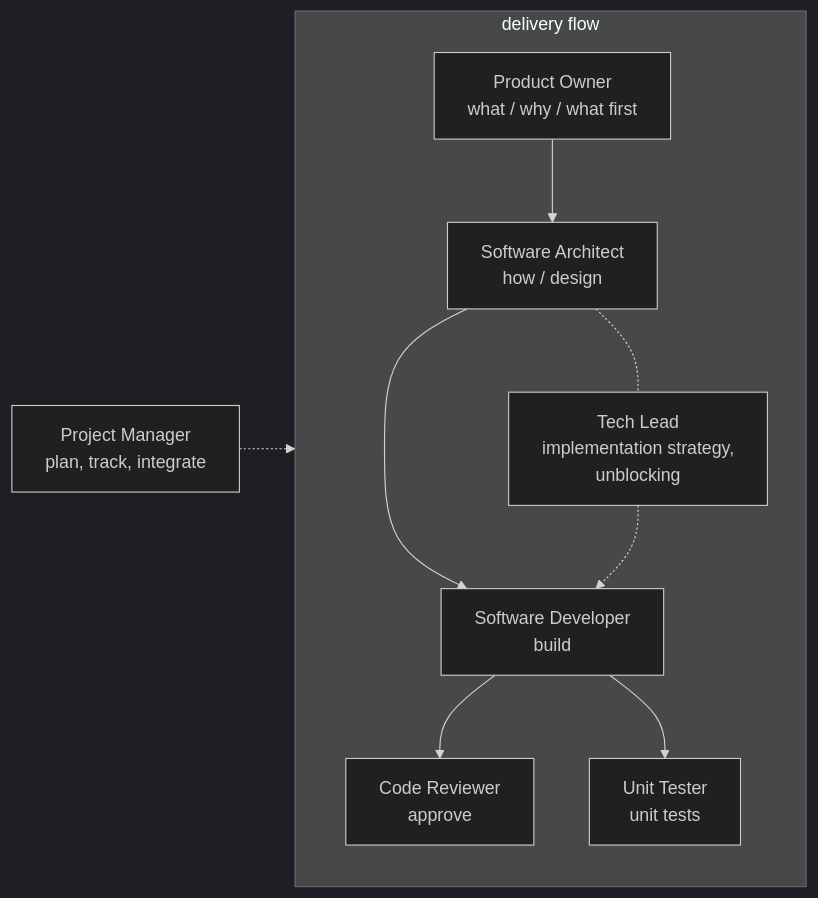
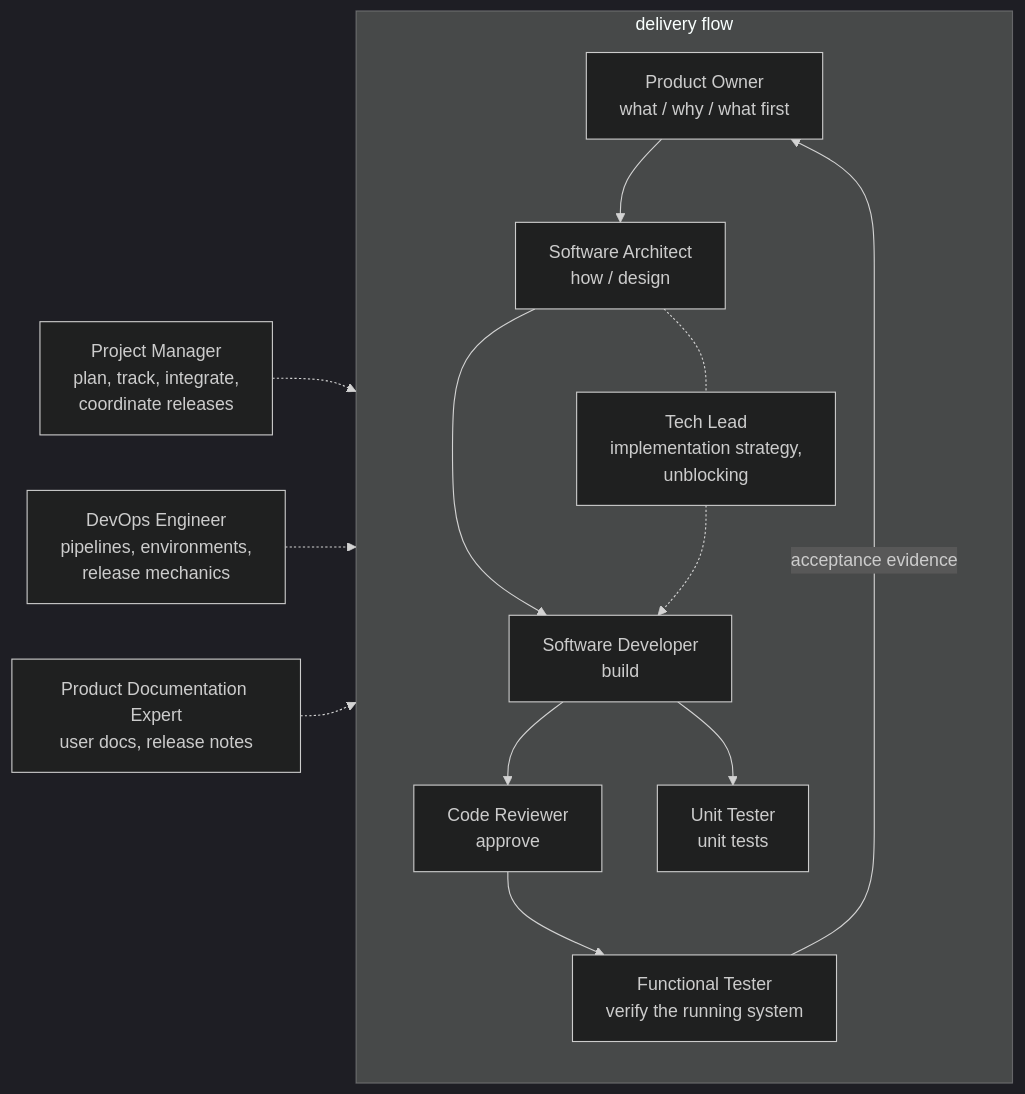
One commit to salveron/agents changed the first of 2 diagrams in AGENTS.md. Above: the diagram before and after it, drawn with Mermaid (dark theme). The commit also changed other lines of this file and 13 other files, not shown here.

Commit message:
Add DevOps, FT and Product Documentation Expert to cover the roster gaps

````diff
--- a/AGENTS.md
+++ b/AGENTS.md
@@ -31,12 +41,16 @@
 ```mermaid
 flowchart LR
     subgraph flow [delivery flow]
         PO["Product Owner<br>what / why / what first"] --> SA["Software Architect<br>how / design"]
         SA --> DEV["Software Developer<br>build"]
         DEV --> CR["Code Reviewer<br>approve"]
         DEV --> UT["Unit Tester<br>unit tests"]
+        CR --> FT["Functional Tester<br>verify the running system"]
+        FT -->|acceptance evidence| PO
         SA -.- TL["Tech Lead<br>implementation strategy,<br>unblocking"]
         TL -.-> DEV
     end
-    PM["Project Manager<br>plan, track, integrate"] -.-> flow
+    PM["Project Manager<br>plan, track, integrate,<br>coordinate releases"] -.-> flow
+    DO["DevOps Engineer<br>pipelines, environments,<br>release mechanics"] -.-> flow
+    PDE["Product Documentation Expert<br>user docs, release notes"] -.-> flow
 ```
````
